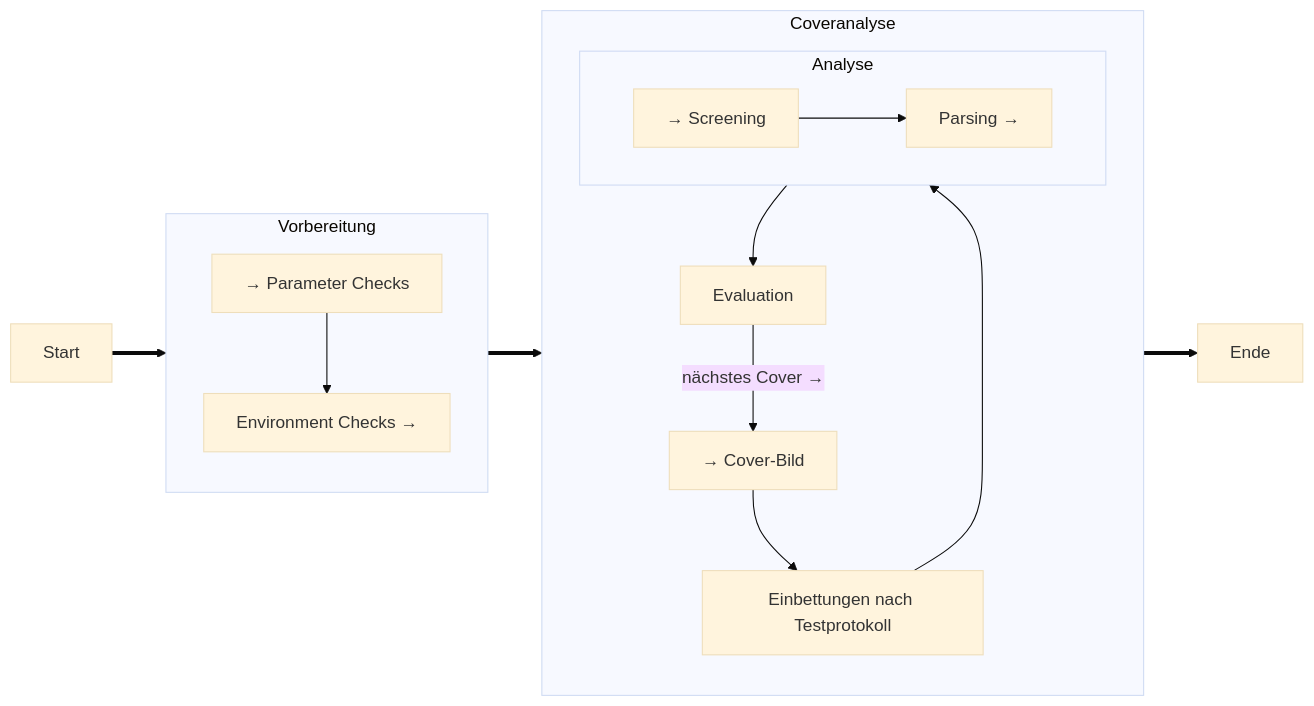
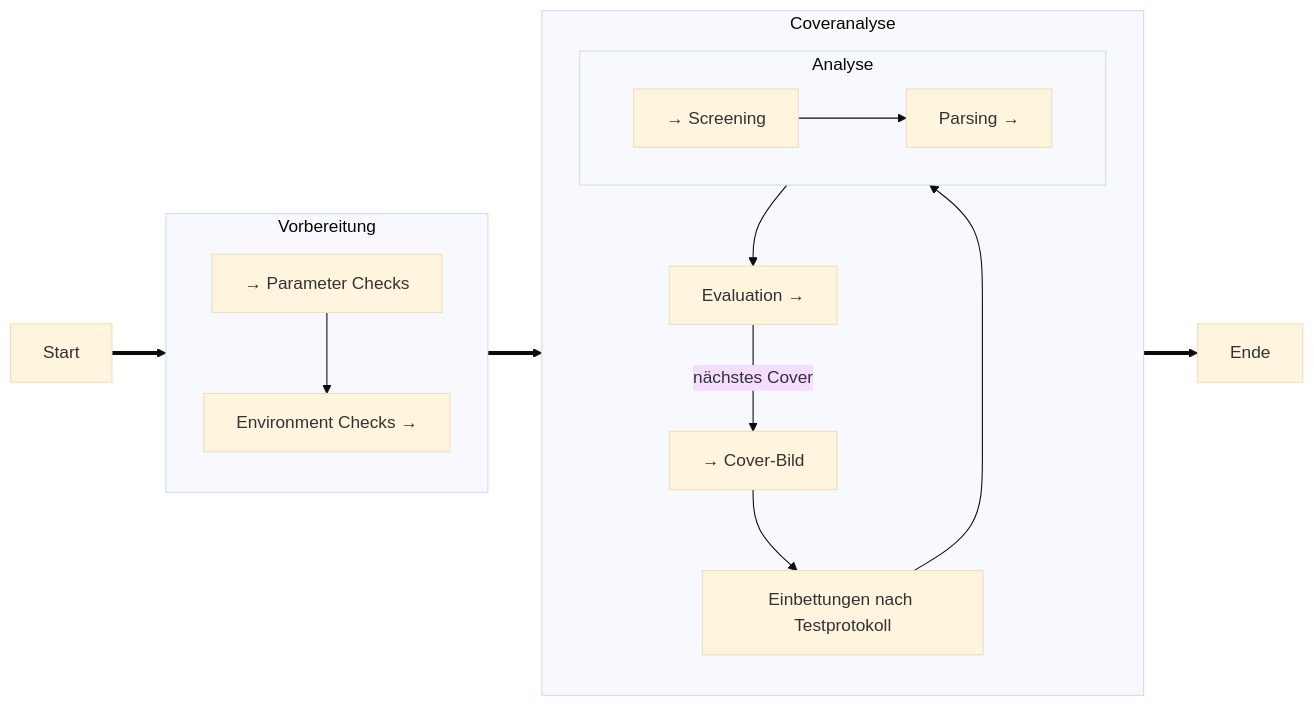
Before and after one commit to bh-8/amsl-it-security-projects: the diagram in SMKITS5/README.md, drawn with Mermaid (base theme).

````diff
--- a/SMKITS5/README.md
+++ b/SMKITS5/README.md
@@ -78,30 +78,30 @@
     ```mermaid
     flowchart LR
       start["Start"]
       subgraph Vorbereitung
         params["→ Parameter Checks"]
         env["Environment Checks →"]
         direction TB
         params-->env
       end
       subgraph Coveranalyse
         new["→ Cover-Bild"]
         embed["Einbettungen nach Testprotokoll"]
         subgraph Analyse
           direction LR
           screening["→ Screening"]
           parsing["Parsing →"]
           screening-->parsing
         end
-        eval["Evaluation"]
+        eval["Evaluation →"]
         direction TB
         new-->embed
         embed-->Analyse
         Analyse-->eval
-        eval--"nächstes Cover →"-->new
+        eval--"nächstes Cover"-->new
       end
       ende["Ende"]
       start==>Vorbereitung
       Vorbereitung==>Coveranalyse
       Coveranalyse==>ende
     ```
````
